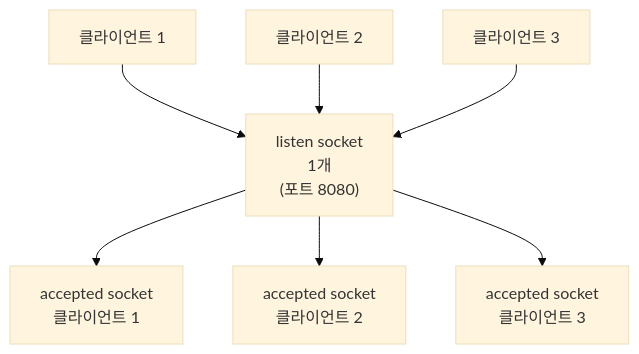
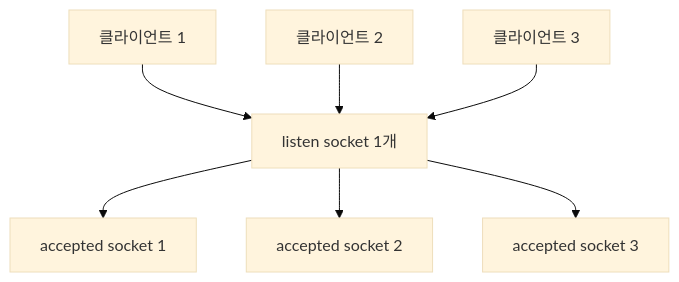
Before and after one commit to HyeYeonLee0112/SW-AI-W08-Webproxy-Lab: the first of 7 diagrams in docs/Study/echo.md, drawn with Mermaid (base theme). The commit also changed other lines of this file and 9 other files, not shown here.

````diff
--- a/docs/Study/echo.md
+++ b/docs/Study/echo.md
@@ -34,18 +34,18 @@
 ```mermaid
 flowchart TB
-  L["listen socket<br/>1개<br/>(포트 8080)"]
-  A1["accepted socket<br/>클라이언트 1"]
-  A2["accepted socket<br/>클라이언트 2"]
-  A3["accepted socket<br/>클라이언트 3"]
+  L["listen socket 1개"]
+  A1["accepted socket 1"]
+  A2["accepted socket 2"]
+  A3["accepted socket 3"]
 
   C1["클라이언트 1"]
   C2["클라이언트 2"]
   C3["클라이언트 3"]
 
   L --> A1
   L --> A2
   L --> A3
   C1 --> L
   C2 --> L
   C3 --> L
 ```
````
